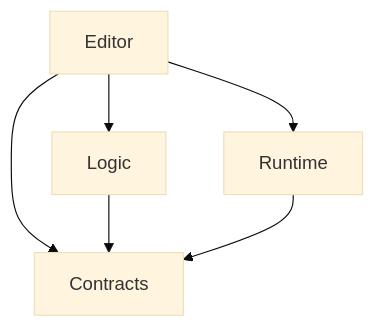
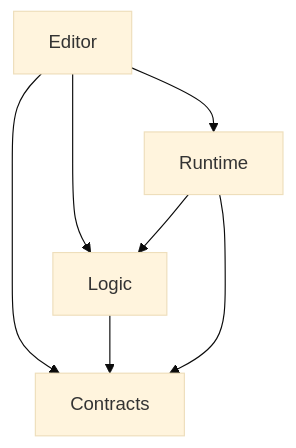
One commit to ldsldy/HierarchyTag changed the first of 3 diagrams in README.md. Above: the diagram before and after it, drawn with Mermaid (base theme). The commit also changed other lines of this file and 57 other files, not shown here.

````diff
--- a/README.md
+++ b/README.md
@@ -342,8 +343,9 @@
 ```mermaid
 flowchart TD
     Editor --> Logic
     Editor --> Runtime
     Editor --> Contracts
     Logic --> Contracts
     Runtime --> Contracts
+    Runtime --> Logic
 ```
````
